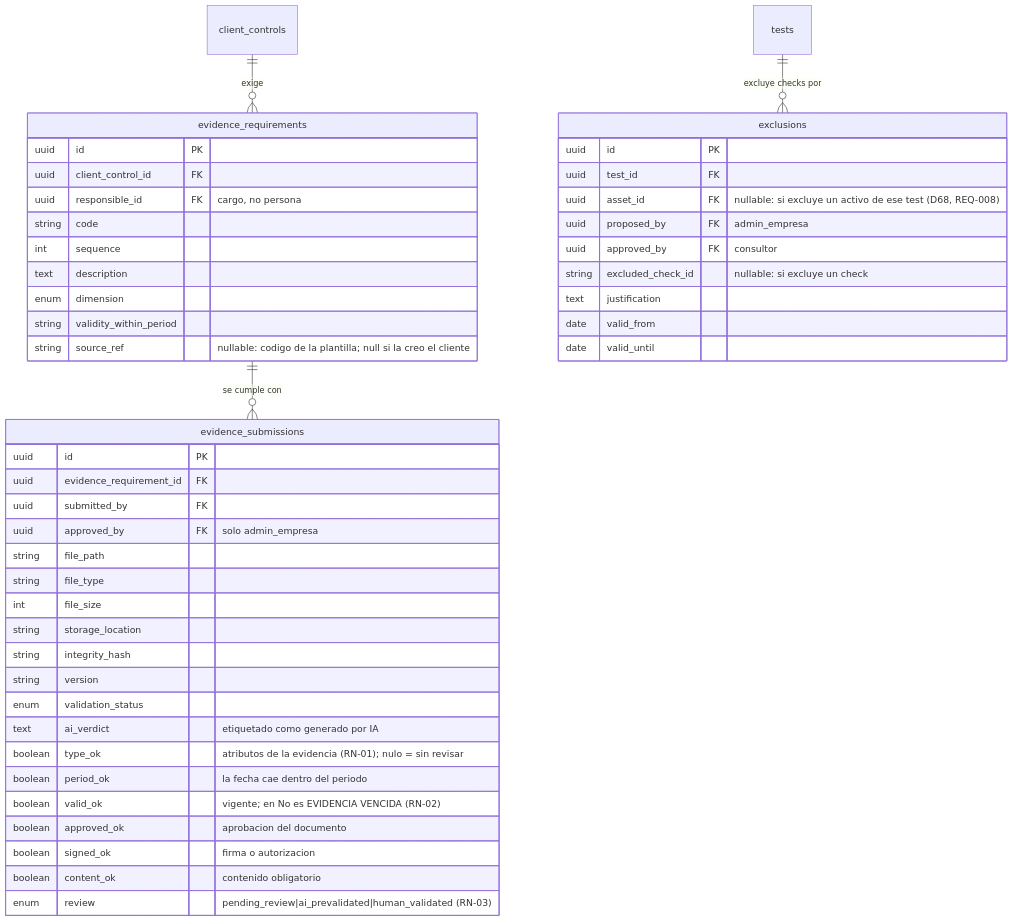
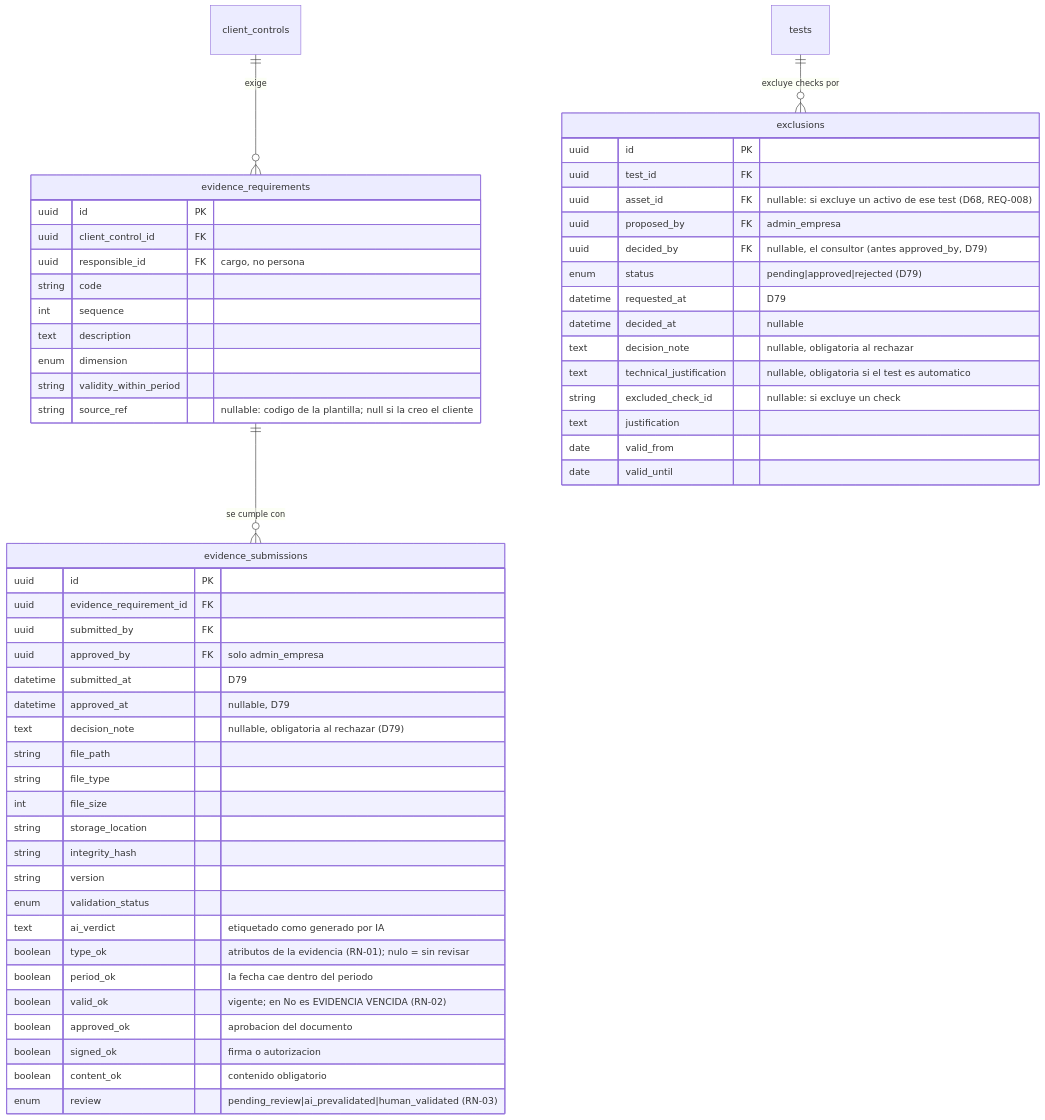
One commit to Monkey-GRC/Monkey-Brain-IA changed the third of 6 diagrams in skills/product/monkey-compliance-council/references/datos/modelo/07-cumplimiento.md. Above: the diagram before and after it, drawn with Mermaid. The commit also changed other lines of this file and 16 other files, not shown here.

````diff
--- a/skills/product/monkey-compliance-council/references/datos/modelo/07-cumplimiento.md
+++ b/skills/product/monkey-compliance-council/references/datos/modelo/07-cumplimiento.md
@@ -222,49 +223,57 @@
 ```mermaid
 erDiagram
     evidence_requirements {
         uuid id PK
         uuid client_control_id FK
         uuid responsible_id FK "cargo, no persona"
         string code
         int sequence
         text description
         enum dimension
         string validity_within_period
         string source_ref "nullable: codigo de la plantilla; null si la creo el cliente"
     }
     evidence_submissions {
         uuid id PK
         uuid evidence_requirement_id FK
         uuid submitted_by FK
         uuid approved_by FK "solo admin_empresa"
+        datetime submitted_at "D79"
+        datetime approved_at "nullable, D79"
+        text decision_note "nullable, obligatoria al rechazar (D79)"
         string file_path
         string file_type
         int file_size
         string storage_location
         string integrity_hash
         string version
         enum validation_status
         text ai_verdict "etiquetado como generado por IA"
         boolean type_ok "atributos de la evidencia (RN-01); nulo = sin revisar"
         boolean period_ok "la fecha cae dentro del periodo"
         boolean valid_ok "vigente; en No es EVIDENCIA VENCIDA (RN-02)"
         boolean approved_ok "aprobacion del documento"
         boolean signed_ok "firma o autorizacion"
         boolean content_ok "contenido obligatorio"
         enum review "pending_review|ai_prevalidated|human_validated (RN-03)"
     }
     exclusions {
         uuid id PK
         uuid test_id FK
         uuid asset_id FK "nullable: si excluye un activo de ese test (D68, REQ-008)"
         uuid proposed_by FK "admin_empresa"
-        uuid approved_by FK "consultor"
+        uuid decided_by FK "nullable, el consultor (antes approved_by, D79)"
+        enum status "pending|approved|rejected (D79)"
+        datetime requested_at "D79"
+        datetime decided_at "nullable"
+        text decision_note "nullable, obligatoria al rechazar"
+        text technical_justification "nullable, obligatoria si el test es automatico"
         string excluded_check_id "nullable: si excluye un check"
         text justification
         date valid_from
         date valid_until
     }
     client_controls ||--o{ evidence_requirements : "exige"
     evidence_requirements ||--o{ evidence_submissions : "se cumple con"
     tests ||--o{ exclusions : "excluye checks por"
 ```
````
